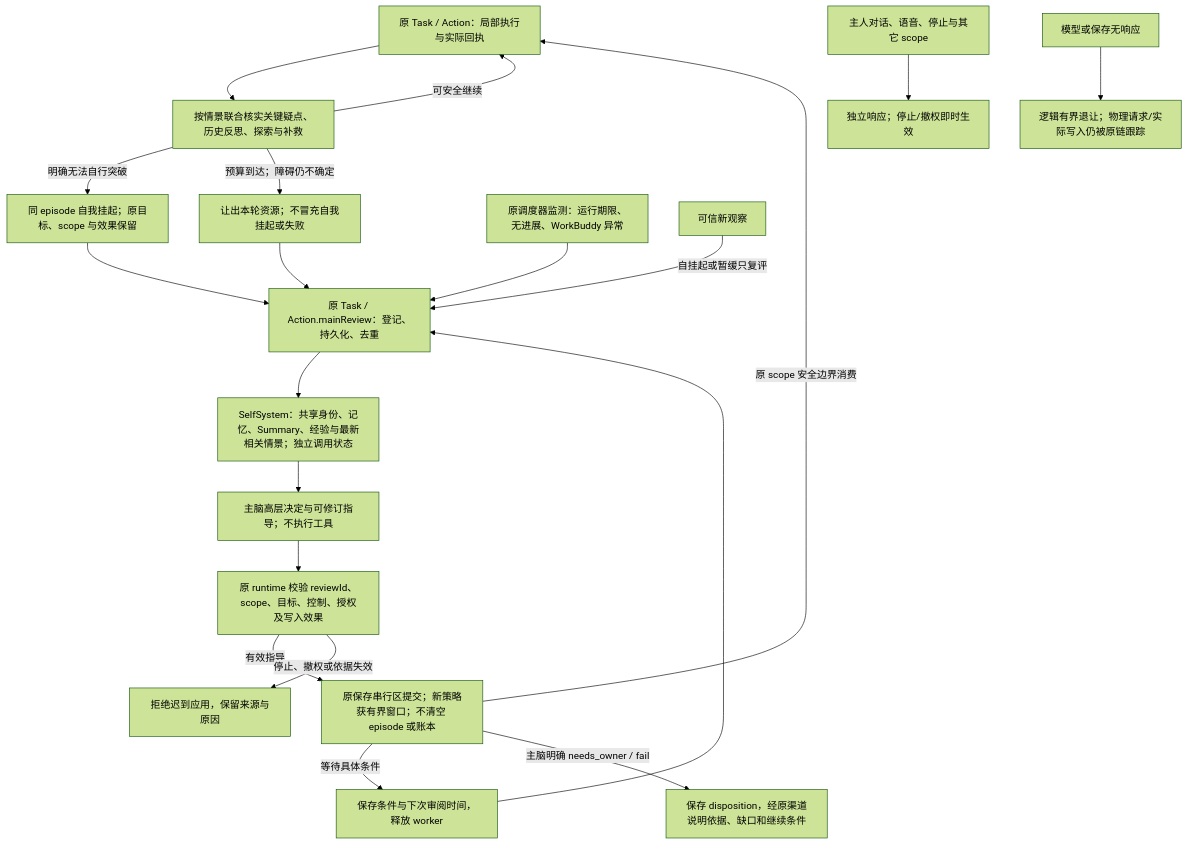
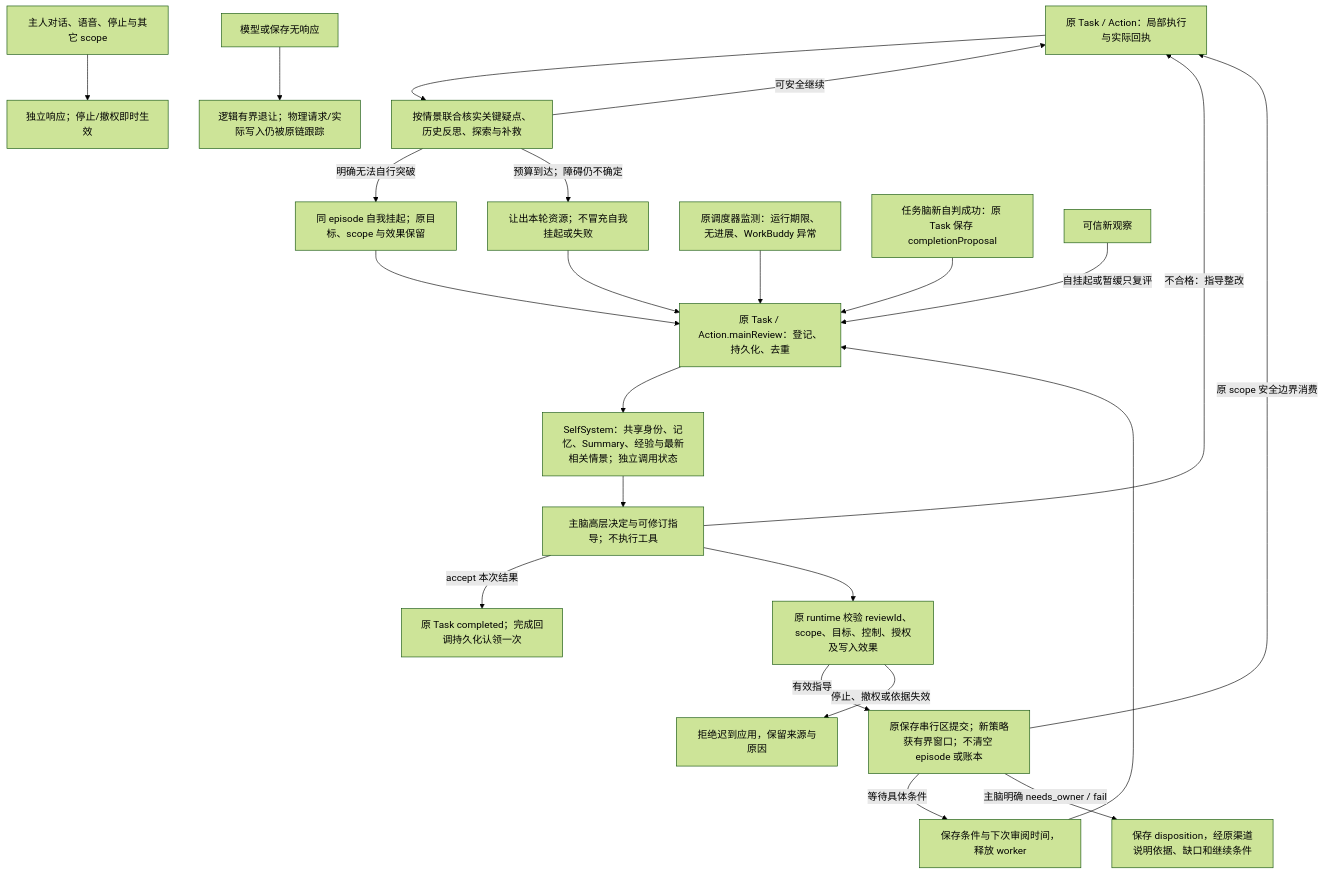
The ninth of 10 diagrams in docs/flows.md (zhyuzh3d/workbunny), drawn with Mermaid (forest theme) before and after one commit. The commit also changed other lines of this file and 224 other files, not shown here.

````diff
--- a/docs/flows.md
+++ b/docs/flows.md
@@ -262,22 +264,25 @@
 ```mermaid
 flowchart TD
     Active["原 Task / Action：局部执行与实际回执"] --> Local["按情景联合核实关键疑点、历史反思、探索与补救"]
     Local -->|"可安全继续"| Active
     Local -->|"明确无法自行突破"| Suspend["同 episode 自我挂起；原目标、scope 与效果保留"]
     Local -->|"预算到达；障碍仍不确定"| Yield["让出本轮资源；不冒充自我挂起或失败"]
     Monitor["原调度器监测：运行期限、无进展、WorkBuddy 异常"] --> Request
     Suspend --> Request["原 Task / Action.mainReview：登记、持久化、去重"]
+    Success["任务脑新自判成功：原 Task 保存 completionProposal"] --> Request
+    Decision -->|"accept 本次结果"| Completed["原 Task completed；完成回调持久化认领一次"]
+    Decision -->|"不合格：指导整改"| Active
     Yield --> Request
     Request --> Self["SelfSystem：共享身份、记忆、Summary、经验与最新相关情景；独立调用状态"]
     Self --> Decision["主脑高层决定与可修订指导；不执行工具"]
     Decision --> Validate["原 runtime 校验 reviewId、scope、目标、控制、授权及写入效果"]
     Validate -->|"有效指导"| Commit["原保存串行区提交；新策略获有界窗口；不清空 episode 或账本"]
     Validate -->|"停止、撤权或依据失效"| Reject["拒绝迟到应用，保留来源与原因"]
     Commit -->|"原 scope 安全边界消费"| Active
     Commit -->|"等待具体条件"| Wait["保存条件与下次审阅时间，释放 worker"]
     Wait --> Request
     Commit -->|"主脑明确 needs_owner / fail"| Report["保存 disposition，经原渠道说明依据、缺口和继续条件"]
     New["可信新观察"] -->|"自挂起或暂缓只复评"| Request
     Owner["主人对话、语音、停止与其它 scope"] --> Independent["独立响应；停止/撤权即时生效"]
     Services["模型或保存无响应"] --> Bounded["逻辑有界退让；物理请求/实际写入仍被原链跟踪"]
 ```
````
